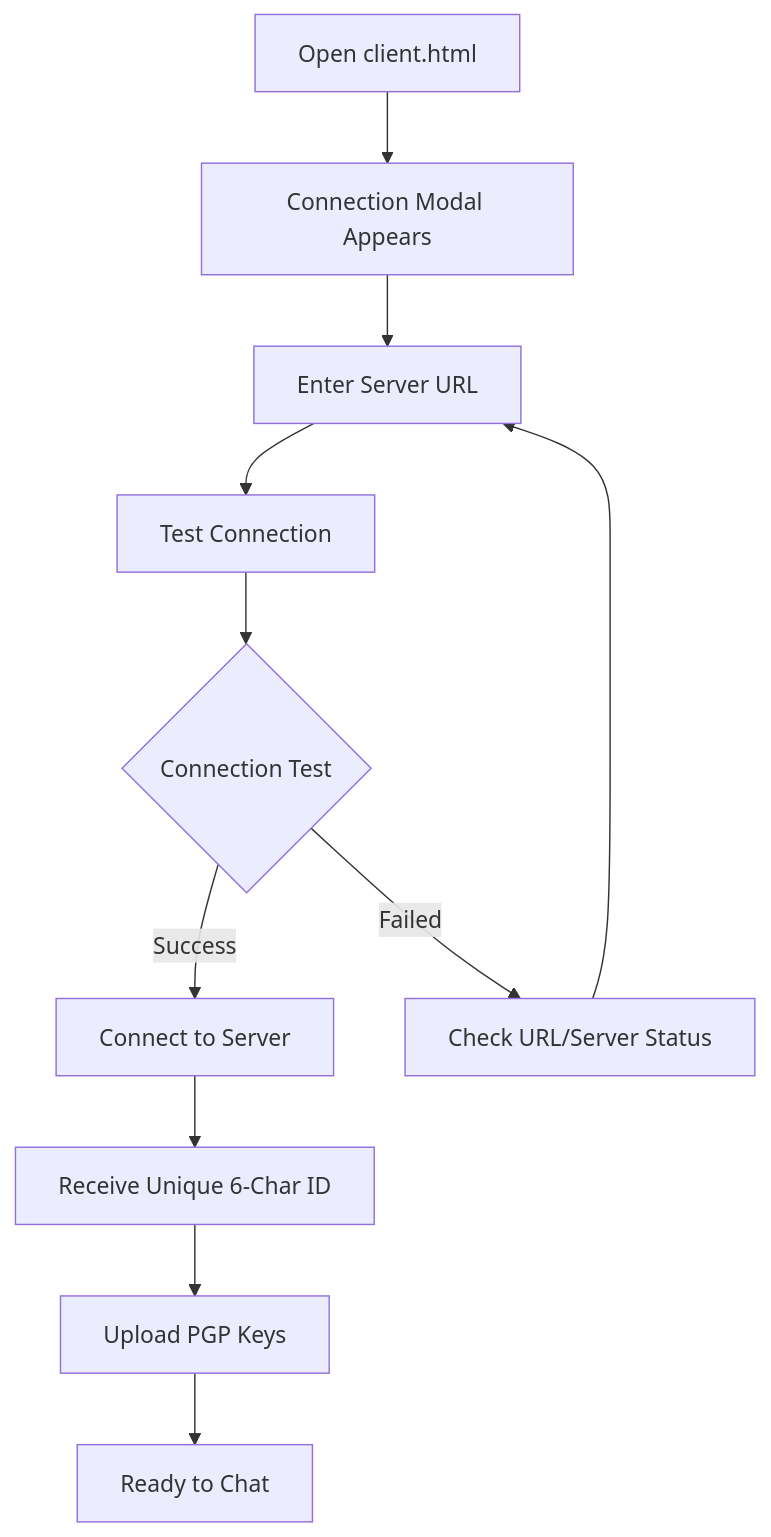
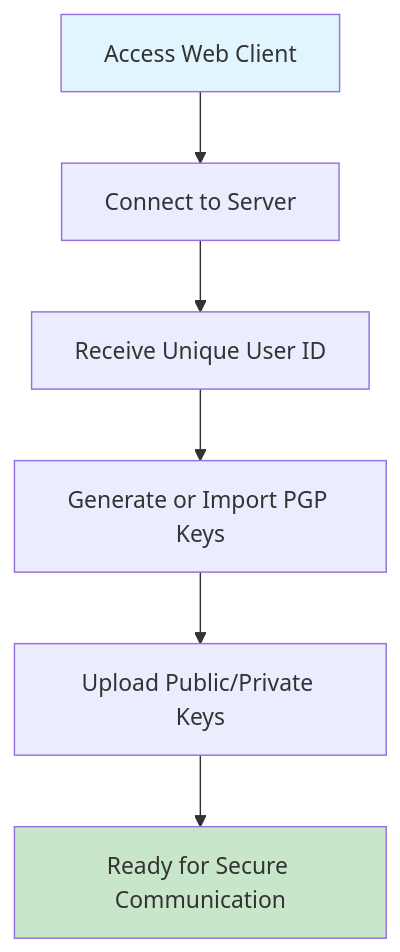
One commit to xsukax/xsukax-PGP-Secure-Chat changed the first of 3 diagrams in README.md. Above: the diagram before and after it, drawn with Mermaid. The commit also changed other lines of this file, not shown here.

````diff
--- a/README.md
+++ b/README.md
@@ -157,13 +166,11 @@
 ```mermaid
 flowchart TD
-    A[Open client.html] --> B[Connection Modal Appears]
-    B --> C[Enter Server URL]
-    C --> D[Test Connection]
-    D --> E{Connection Test}
-    E -->|Success| F[Connect to Server]
-    E -->|Failed| G[Check URL/Server Status]
-    G --> C
-    F --> H[Receive Unique 6-Char ID]
-    H --> I[Upload PGP Keys]
-    I --> J[Ready to Chat]
+    A[Access Web Client] --> B[Connect to Server]
+    B --> C[Receive Unique User ID]
+    C --> D[Generate or Import PGP Keys]
+    D --> E[Upload Public/Private Keys]
+    E --> F[Ready for Secure Communication]
+    
+    style A fill:#e1f5fe
+    style F fill:#c8e6c9
 ```
````
